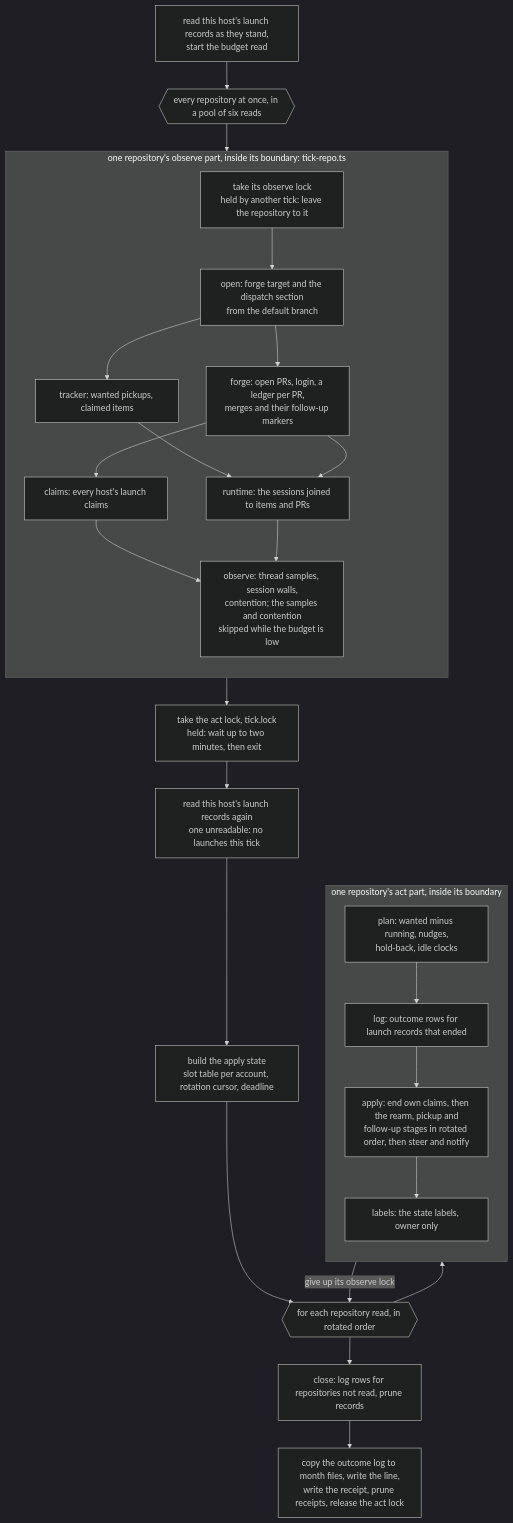
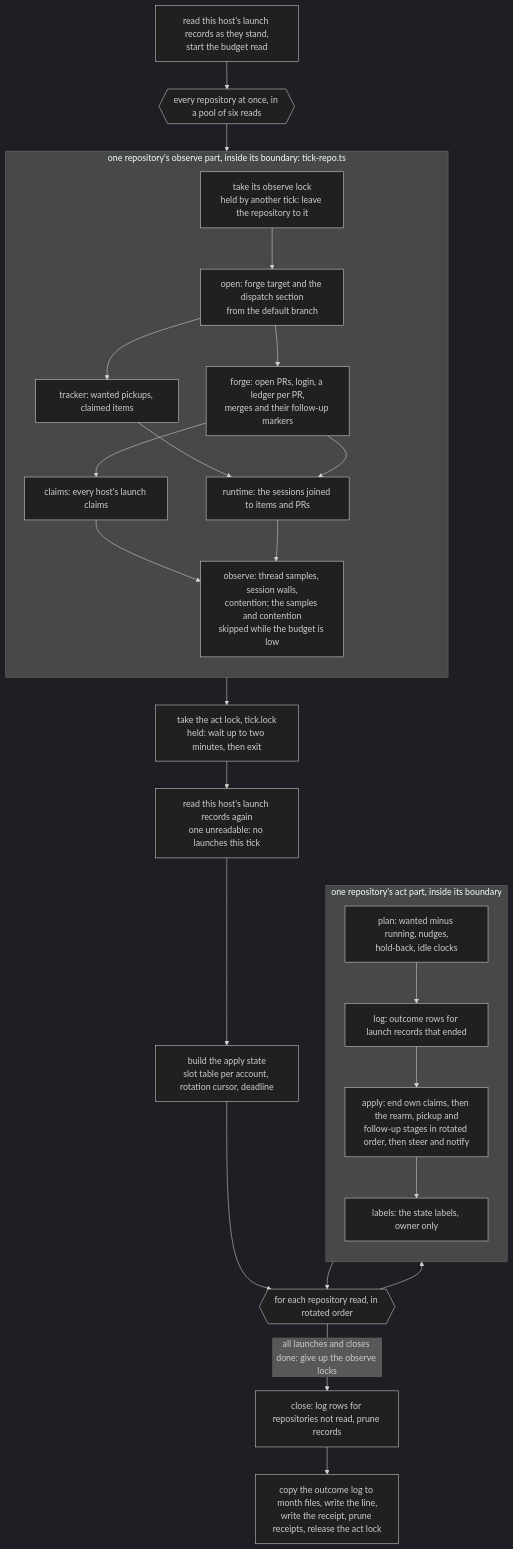
One commit to jig-harness/jig changed the second of 2 diagrams in design/dark-factory-dispatch.md. Above: the diagram before and after it, drawn with Mermaid (dark theme). The commit also changed other lines of this file and 1 other file, not shown here.

Commit message:
fix(dispatch): count the deadline from before the startup read, order reflections canonically, and document the real lock release

````diff
--- a/design/dark-factory-dispatch.md
+++ b/design/dark-factory-dispatch.md
@@ -77,35 +77,35 @@
 ```mermaid
 flowchart TD
   S0[read this host's launch records as they stand,<br/>start the budget read] --> OBS{{every repository at once, in a pool of six reads}}
   subgraph repo [one repository's observe part, inside its boundary: tick-repo.ts]
     direction TB
     OL[take its observe lock<br/>held by another tick: leave the repository to it]
     O1[open: forge target and the dispatch section<br/>from the default branch]
     O2[tracker: wanted pickups, claimed items]
     O3[forge: open PRs, login, a ledger per PR,<br/>merges and their follow-up markers]
     O3b[claims: every host's launch claims]
     O4[runtime: the sessions joined to items and PRs]
     C[observe: thread samples, session walls,<br/>contention; the samples and contention<br/>skipped while the budget is low]
     OL --> O1 --> O2 & O3
     O3 --> O3b
     O2 & O3 --> O4
     O3b & O4 --> C
   end
   OBS --> repo
   repo --> AL[take the act lock, tick.lock<br/>held: wait up to two minutes, then exit]
   AL --> R[read this host's launch records again<br/>one unreadable: no launches this tick]
   R --> A[build the apply state<br/>slot table per account, rotation cursor, deadline]
   A --> LOOP{{for each repository read, in rotated order}}
   subgraph act [one repository's act part, inside its boundary]
     direction TB
     P[plan: wanted minus running, nudges,<br/>hold-back, idle clocks]
     G[log: outcome rows for launch records that ended]
     X[apply: end own claims, then the rearm, pickup and<br/>follow-up stages in rotated order, then steer and notify]
     LB[labels: the state labels, owner only]
     P --> G --> X --> LB
   end
   LOOP --> act
-  act -->|give up its observe lock| LOOP
-  LOOP --> CL[close: log rows for repositories not read, prune records]
+  act --> LOOP
+  LOOP -->|all launches and closes done: give up the observe locks| CL[close: log rows for repositories not read, prune records]
   CL --> E[copy the outcome log to month files, write the line,<br/>write the receipt, prune receipts, release the act lock]
 ```
````
